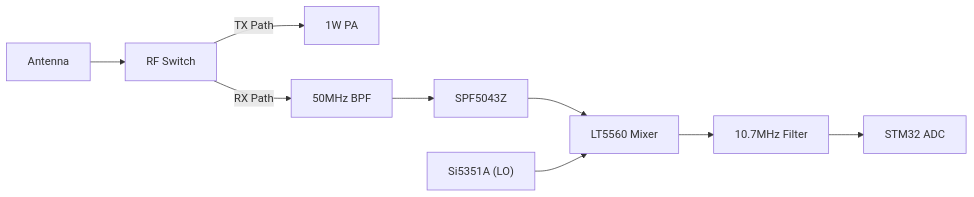
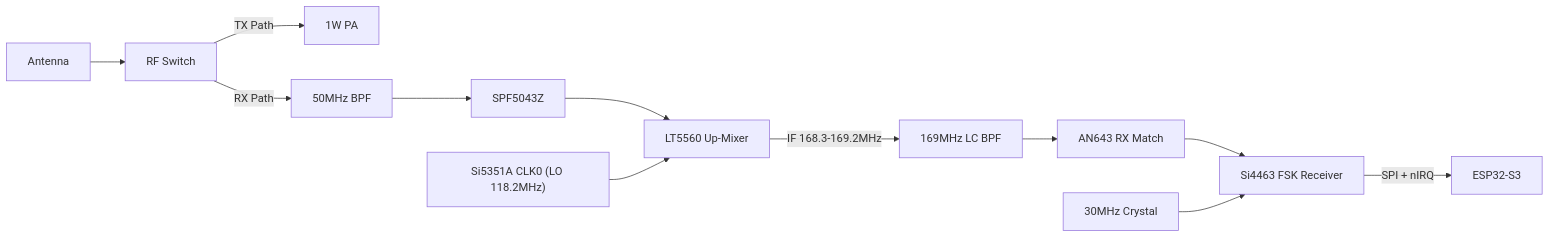
Before and after one commit to ne9n/RC_6m: the diagram in RX_Hardware/RX_Design_Details.md, drawn with Mermaid. The commit also changed other lines of this file and 29 other files, not shown here.

First line of the commit message:
Move receive chain to Si4463 upconversion; fix RX/TX schematic wiring

````diff
--- a/RX_Hardware/RX_Design_Details.md
+++ b/RX_Hardware/RX_Design_Details.md
@@ -45,11 +73,14 @@
 ```mermaid
 graph LR
     ANT["Antenna"] --> SW["RF Switch"]
     SW -- "TX Path" --> PA["1W PA"]
     SW -- "RX Path" --> BPF["50MHz BPF"]
     BPF --> LNA["SPF5043Z"]
-    LNA --> MIXER["LT5560 Mixer"]
-    LO["Si5351A (LO)"] --> MIXER
-    MIXER --> IF_FILT["10.7MHz Filter"]
-    IF_FILT --> ADC["STM32 ADC"]
+    LNA --> MIXER["LT5560 Up-Mixer"]
+    LO["Si5351A CLK0 (LO 118.2MHz)"] --> MIXER
+    MIXER -- "IF 168.3-169.2MHz" --> IF_FILT["169MHz LC BPF"]
+    IF_FILT --> MATCH["AN643 RX Match"]
+    MATCH --> SI["Si4463 FSK Receiver"]
+    XTAL["30MHz Crystal"] --> SI
+    SI -- "SPI + nIRQ" --> MCU["ESP32-S3"]
 ```
````
